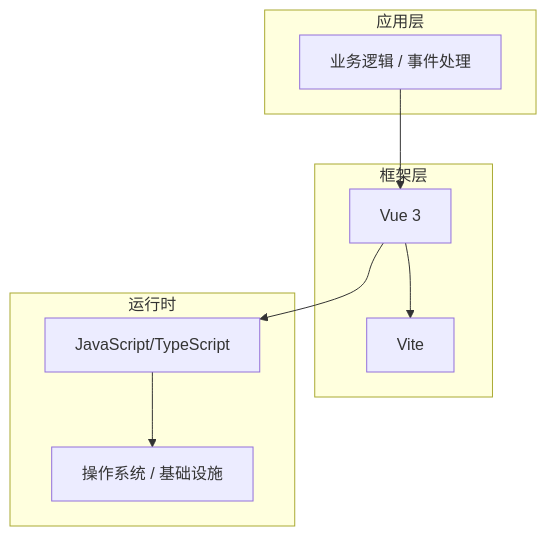
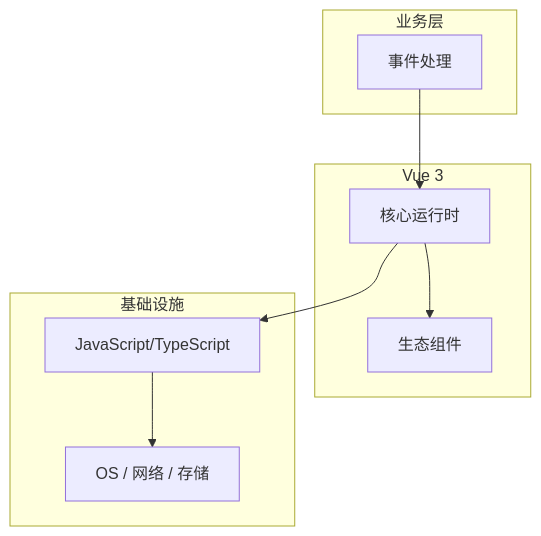
Before and after one commit to yanggan2015/knowledge-json-v2: the diagram in articles/Vue/chapters/050-事件处理核心概念与原理.md, drawn with Mermaid. The commit also changed other lines of this file and 10127 other files, not shown here.

````diff
--- a/articles/Vue/chapters/050-事件处理核心概念与原理.md
+++ b/articles/Vue/chapters/050-事件处理核心概念与原理.md
@@ -45,18 +34,18 @@
 ```mermaid
 graph TB
-    subgraph 应用层
-        A[业务逻辑 / 事件处理]
+    subgraph 业务层
+        A[事件处理]
     end
-    subgraph 框架层
-        B[Vue 3]
-        C[Vite]
+    subgraph Vue 3
+        B[核心运行时]
+        C[生态组件]
     end
-    subgraph 运行时
+    subgraph 基础设施
         D[JavaScript/TypeScript]
-        E[操作系统 / 基础设施]
+        E[OS / 网络 / 存储]
     end
     A --> B
     B --> C
     B --> D
     D --> E
 ```
````
